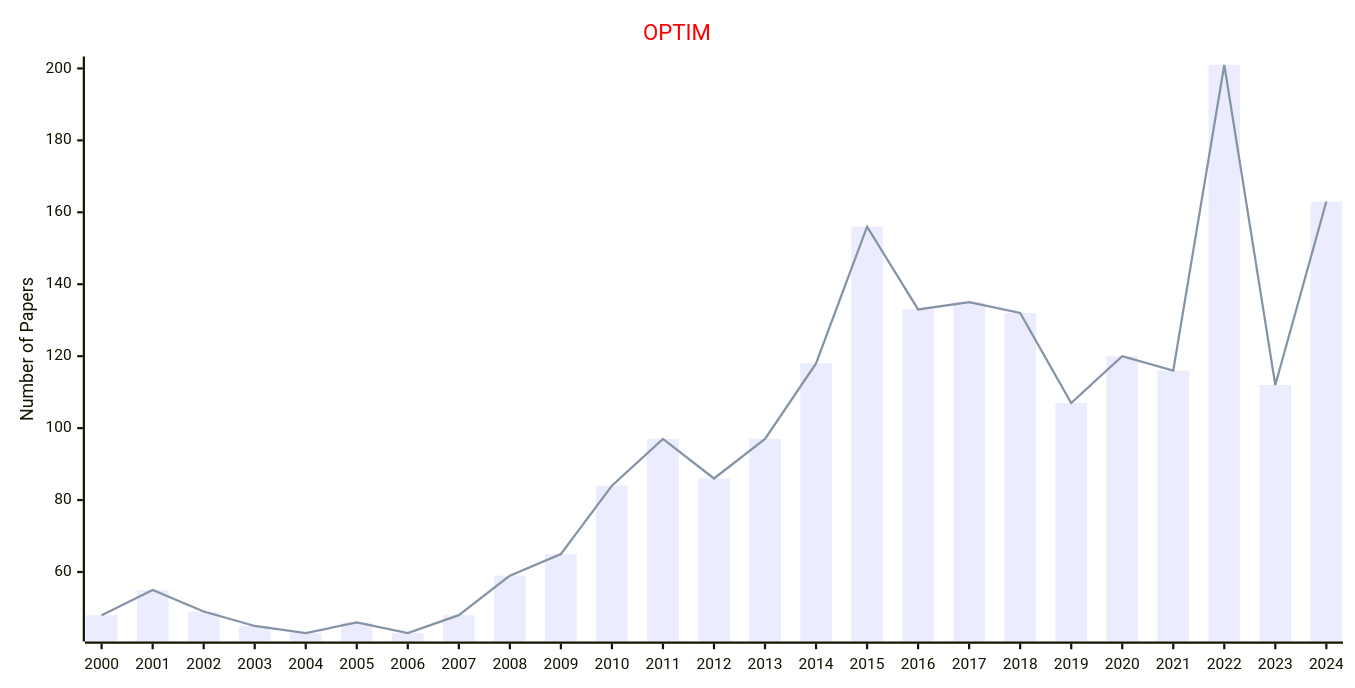
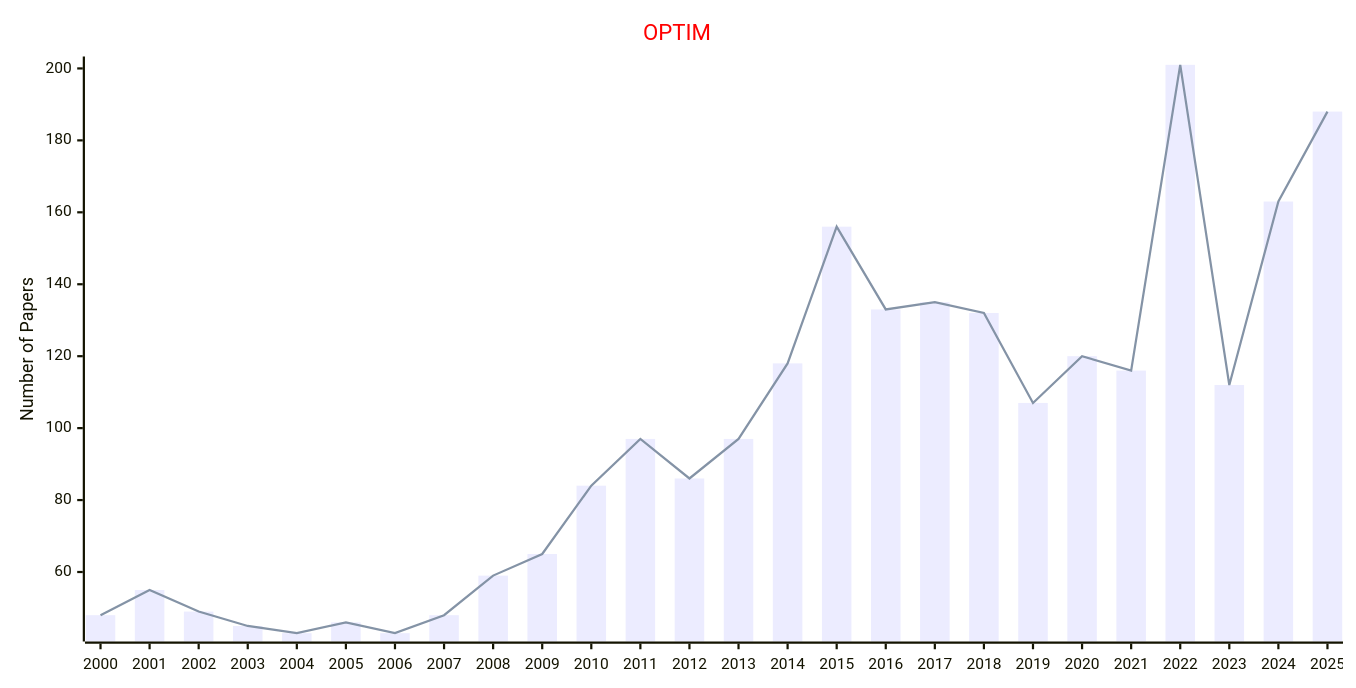
Before and after one commit to Easy-PhD/AILinks: the diagram in docs/data/Journals/Statistics_Journals/Mathematical_Programming.md, drawn with Mermaid. The commit also changed 93 other files, not shown here.

````diff
--- a/docs/data/Journals/Statistics_Journals/Mathematical_Programming.md
+++ b/docs/data/Journals/Statistics_Journals/Mathematical_Programming.md
@@ -9,17 +9,17 @@
 ```mermaid
 ---
 config:
     xyChart:
         width: 1200
         height: 600
     themeVariables:
         xyChart:
             titleColor: "#ff0000"
 ---
 xychart-beta
     title "OPTIM"
-    x-axis [2000, 2001, 2002, 2003, 2004, 2005, 2006, 2007, 2008, 2009, 2010, 2011, 2012, 2013, 2014, 2015, 2016, 2017, 2018, 2019, 2020, 2021, 2022, 2023, 2024]
+    x-axis [2000, 2001, 2002, 2003, 2004, 2005, 2006, 2007, 2008, 2009, 2010, 2011, 2012, 2013, 2014, 2015, 2016, 2017, 2018, 2019, 2020, 2021, 2022, 2023, 2024, 2025]
     y-axis "Number of Papers"
-    bar [48, 55, 49, 45, 43, 46, 43, 48, 59, 65, 84, 97, 86, 97, 118, 156, 133, 135, 132, 107, 120, 116, 201, 112, 163]
-    line [48, 55, 49, 45, 43, 46, 43, 48, 59, 65, 84, 97, 86, 97, 118, 156, 133, 135, 132, 107, 120, 116, 201, 112, 163]
+    bar [48, 55, 49, 45, 43, 46, 43, 48, 59, 65, 84, 97, 86, 97, 118, 156, 133, 135, 132, 107, 120, 116, 201, 112, 163, 188]
+    line [48, 55, 49, 45, 43, 46, 43, 48, 59, 65, 84, 97, 86, 97, 118, 156, 133, 135, 132, 107, 120, 116, 201, 112, 163, 188]
 ```
````
